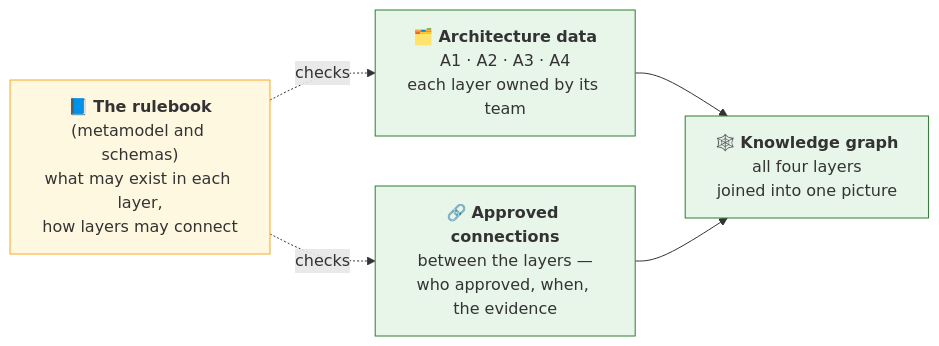
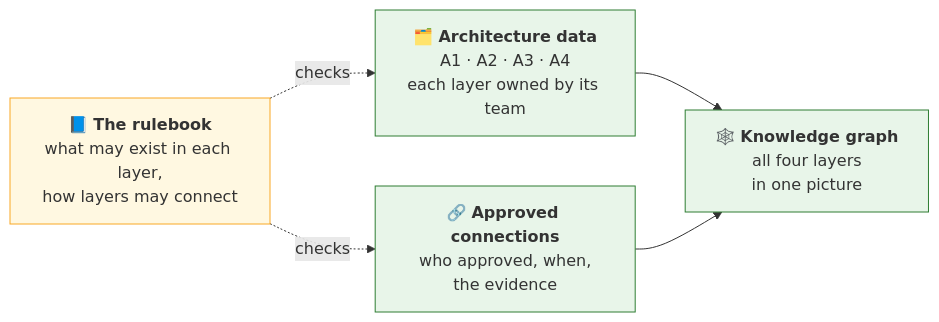
One commit to taumoeps/bian-sdem-framework changed the third of 9 diagrams in README.md. Above: the diagram before and after it, drawn with Mermaid. The commit also changed other lines of this file and 26 other files, not shown here.

````diff
--- a/README.md
+++ b/README.md
@@ -78,15 +61,15 @@
 ```mermaid
 flowchart LR
-    R["📘 <b>The rulebook</b><br/>(metamodel and schemas)<br/>what may exist in each layer,<br/>how layers may connect"]
+    R["📘 <b>The rulebook</b><br/>what may exist in each layer,<br/>how layers may connect"]
     D["🗂️ <b>Architecture data</b><br/>A1 · A2 · A3 · A4<br/>each layer owned by its team"]
-    M["🔗 <b>Approved connections</b><br/>between the layers —<br/>who approved, when, the evidence"]
-    K["🕸️ <b>Knowledge graph</b><br/>all four layers<br/>joined into one picture"]
+    M["🔗 <b>Approved connections</b><br/>who approved, when,<br/>the evidence"]
+    K["🕸️ <b>Knowledge graph</b><br/>all four layers<br/>in one picture"]
     R -.->|"checks"| D
     R -.->|"checks"| M
     D --> K
     M --> K
     classDef r fill:#FFF8E1,stroke:#F9A825
     classDef d fill:#E8F5E9,stroke:#2E7D32
     class R r
     class D,M,K d
 ```
````
